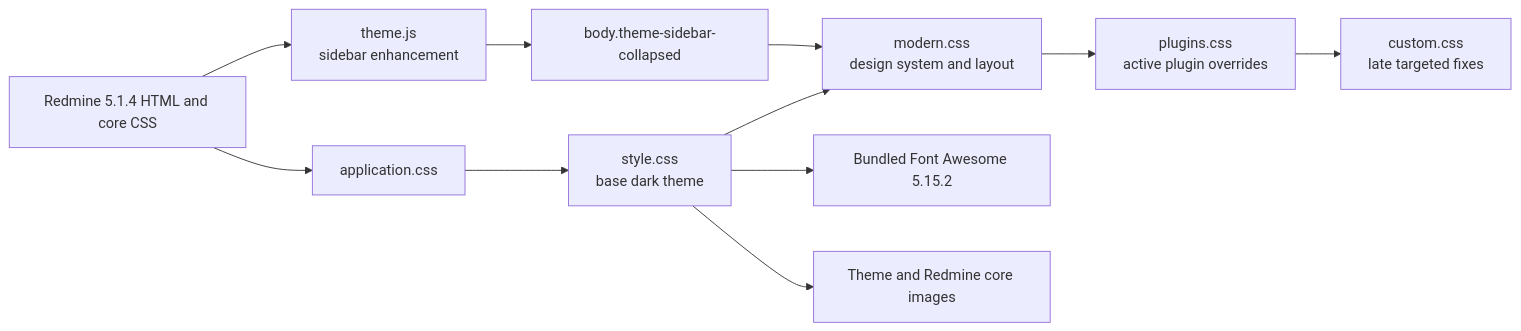
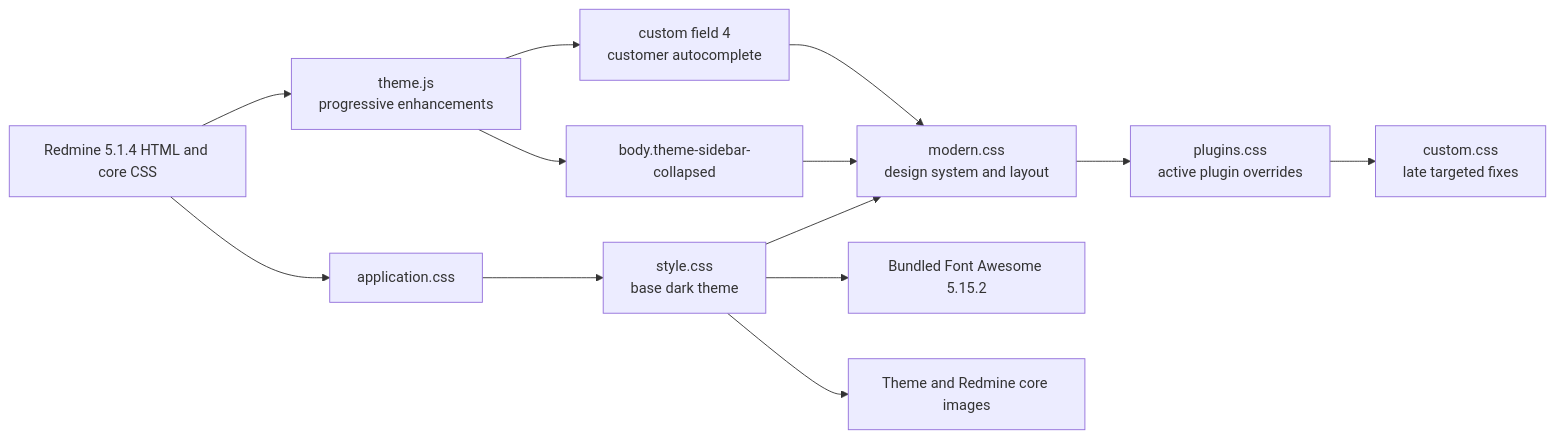
The diagram in docs/ARCHITECTURE.md (jeffersonmello/bs-redmine-theme-dark), drawn with Mermaid before and after one commit. The commit also changed other lines of this file and 20 other files, not shown here.

Commit message:
Add customer autocomplete for custom field 4

````diff
--- a/docs/ARCHITECTURE.md
+++ b/docs/ARCHITECTURE.md
@@ -12,13 +12,15 @@
 ```mermaid
 flowchart LR
     R[Redmine 5.1.4 HTML and core CSS] --> A[application.css]
     A --> S[style.css<br/>base dark theme]
     S --> M[modern.css<br/>design system and layout]
     M --> P[plugins.css<br/>active plugin overrides]
     P --> C[custom.css<br/>late targeted fixes]
     S --> F[Bundled Font Awesome 5.15.2]
     S --> I[Theme and Redmine core images]
-    R --> J[theme.js<br/>sidebar enhancement]
+    R --> J[theme.js<br/>progressive enhancements]
     J --> B[body.theme-sidebar-collapsed]
     B --> M
+    J --> U[custom field 4<br/>customer autocomplete]
+    U --> M
 ```
````
